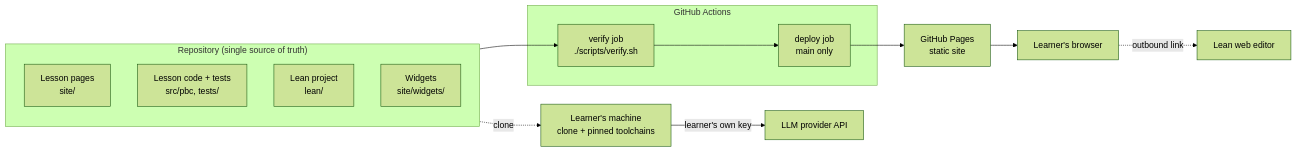
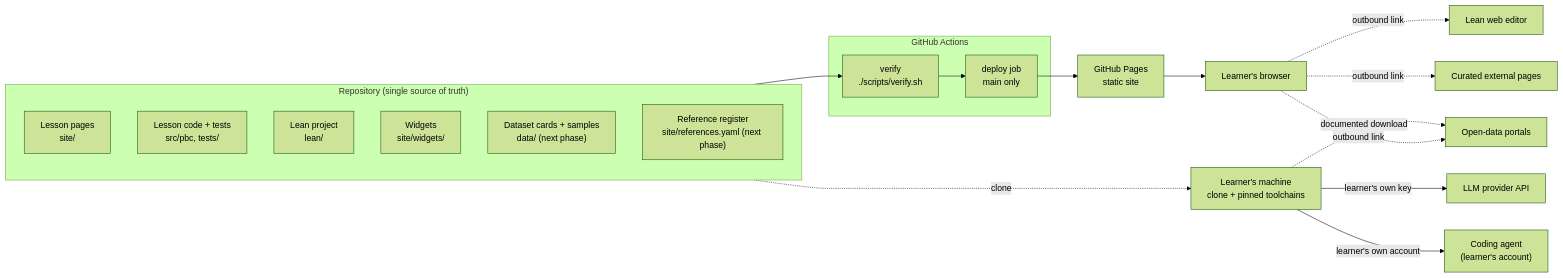
The first of 2 diagrams in docs/architecture.md (taspinar/physics-by-construction), drawn with Mermaid (forest theme) before and after one commit. The commit also changed other lines of this file and 13 other files, not shown here.

Commit message:
Plan change: physics-next-phase

````diff
--- a/docs/architecture.md
+++ b/docs/architecture.md
@@ -31,23 +40,32 @@
 ```mermaid
 flowchart LR
   subgraph repo["Repository (single source of truth)"]
     lessons["Lesson pages<br/>site/"]
     pycode["Lesson code + tests<br/>src/pbc, tests/"]
     lean["Lean project<br/>lean/"]
     widgets["Widgets<br/>site/widgets/"]
+    data["Dataset cards + samples<br/>data/ (next phase)"]
+    refs["Reference register<br/>site/references.yaml (next phase)"]
   end
   subgraph ci["GitHub Actions"]
-    verify["verify job<br/>./scripts/verify.sh"]
+    verify["verify<br/>./scripts/verify.sh"]
     deploy["deploy job<br/>main only"]
   end
   pages["GitHub Pages<br/>static site"]
   learner["Learner's browser"]
   local["Learner's machine<br/>clone + pinned toolchains"]
   llm["LLM provider API"]
+  coding["Coding agent<br/>(learner's account)"]
+  portals["Open-data portals"]
+  external["Curated external pages"]
   leanweb["Lean web editor"]
 
   repo --> verify --> deploy --> pages --> learner
   repo -. clone .-> local
   local -- learner's own key --> llm
+  local -- learner's own account --> coding
+  local -. documented download .-> portals
   learner -. outbound link .-> leanweb
+  learner -. outbound link .-> external
+  learner -. outbound link .-> portals
 ```
````
